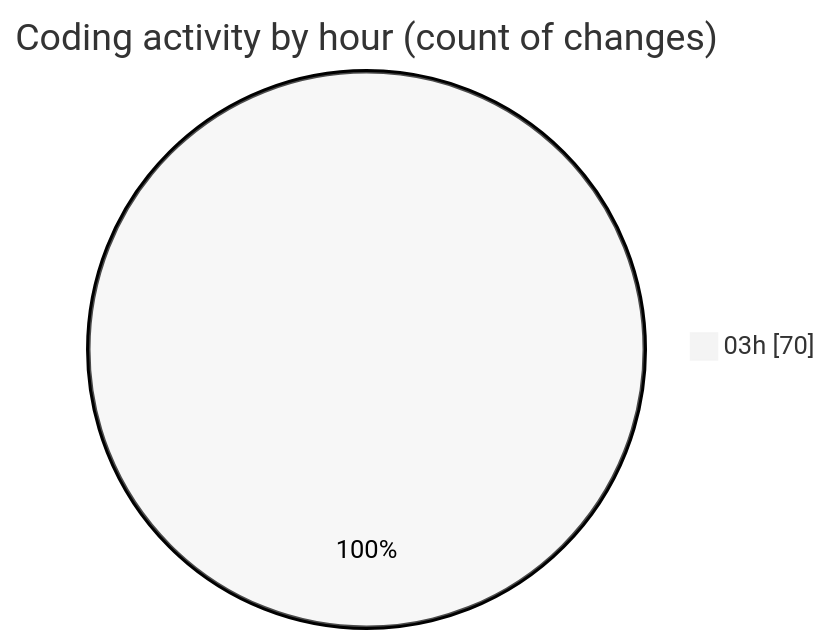
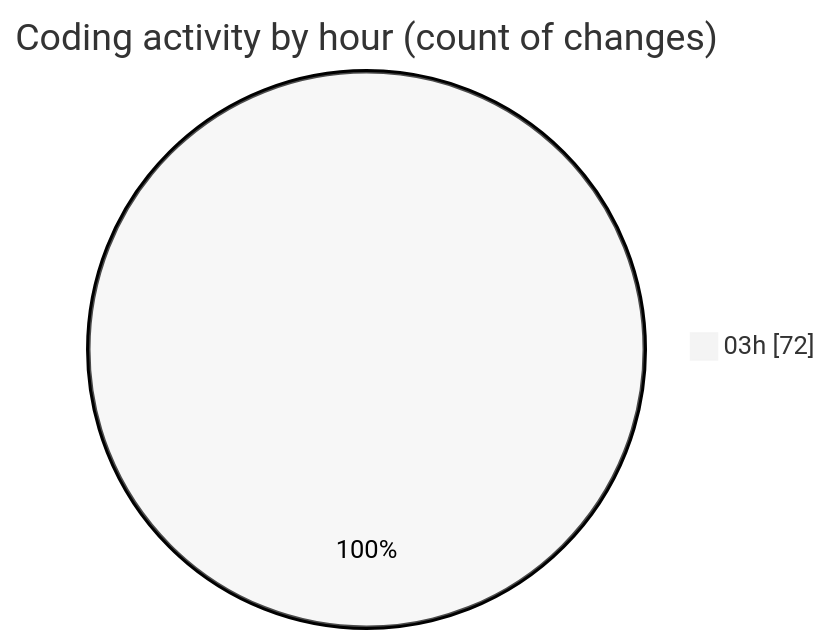
Before and after one commit to lephambinh05/code-tracking: the second of 2 diagrams in 2025-08-09/napxuvn/README.md, drawn with Mermaid (neutral theme). The commit also changed other lines of this file and 1 other file, not shown here.

````diff
--- a/2025-08-09/napxuvn/README.md
+++ b/2025-08-09/napxuvn/README.md
@@ -84,5 +84,5 @@
 ```mermaid
 pie showData
 title Coding activity by hour (count of changes)
-"03h" : 70
+"03h" : 72
 ```
````
